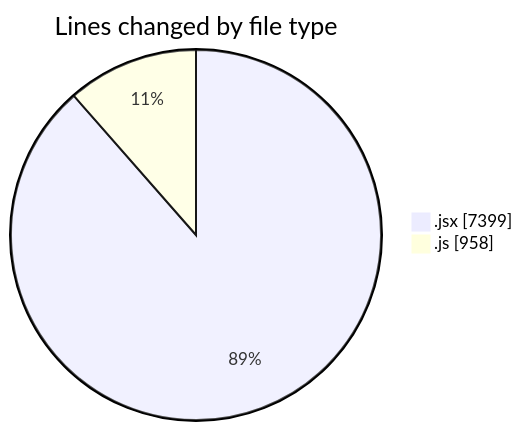
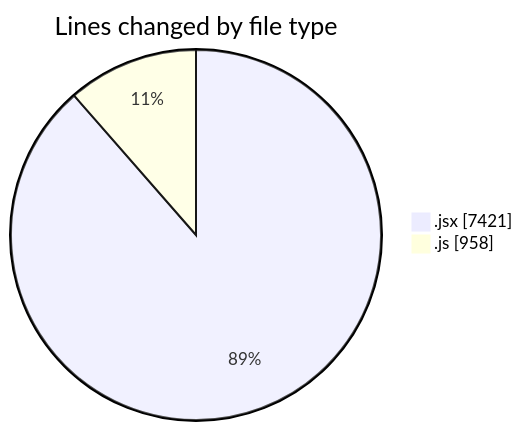
Before and after one commit to nxtqubesakshisongat/code-tracking: the first of 2 diagrams in 2026-01-20/nxtqube_webapp/README.md, drawn with Mermaid. The commit also changed other lines of this file and 1 other file, not shown here.

````diff
--- a/2026-01-20/nxtqube_webapp/README.md
+++ b/2026-01-20/nxtqube_webapp/README.md
@@ -24,6 +24,6 @@
 ```mermaid
 pie showData
 title Lines changed by file type
-".jsx" : 7399
+".jsx" : 7421
 ".js" : 958
 ```
````
